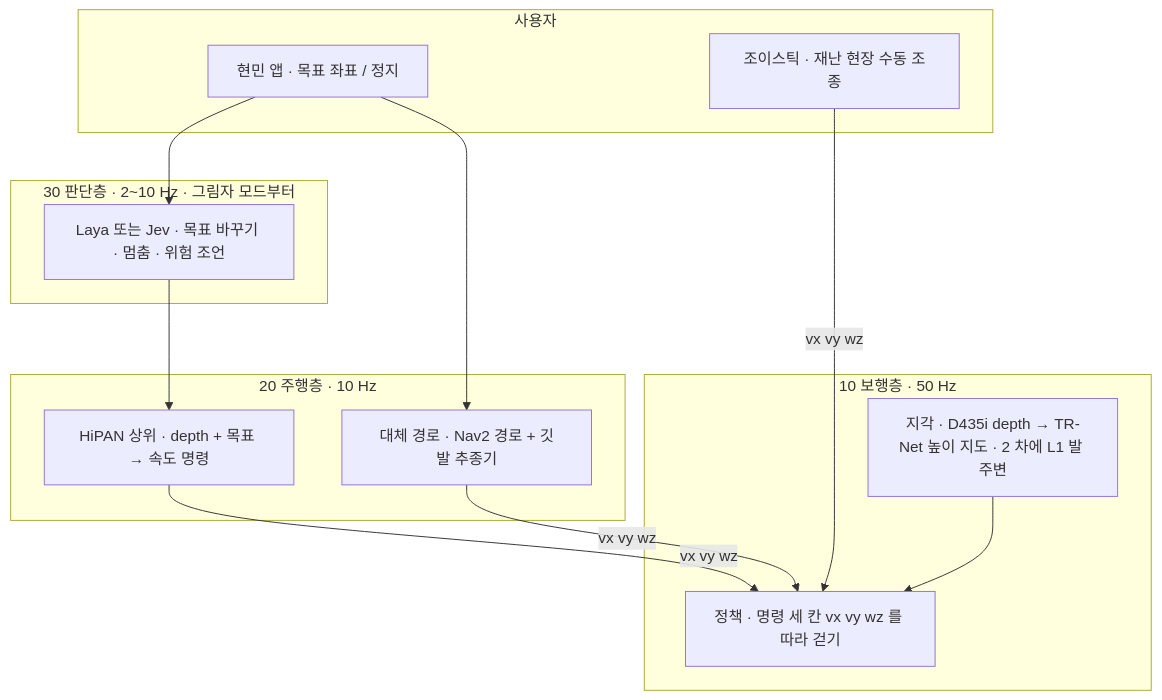
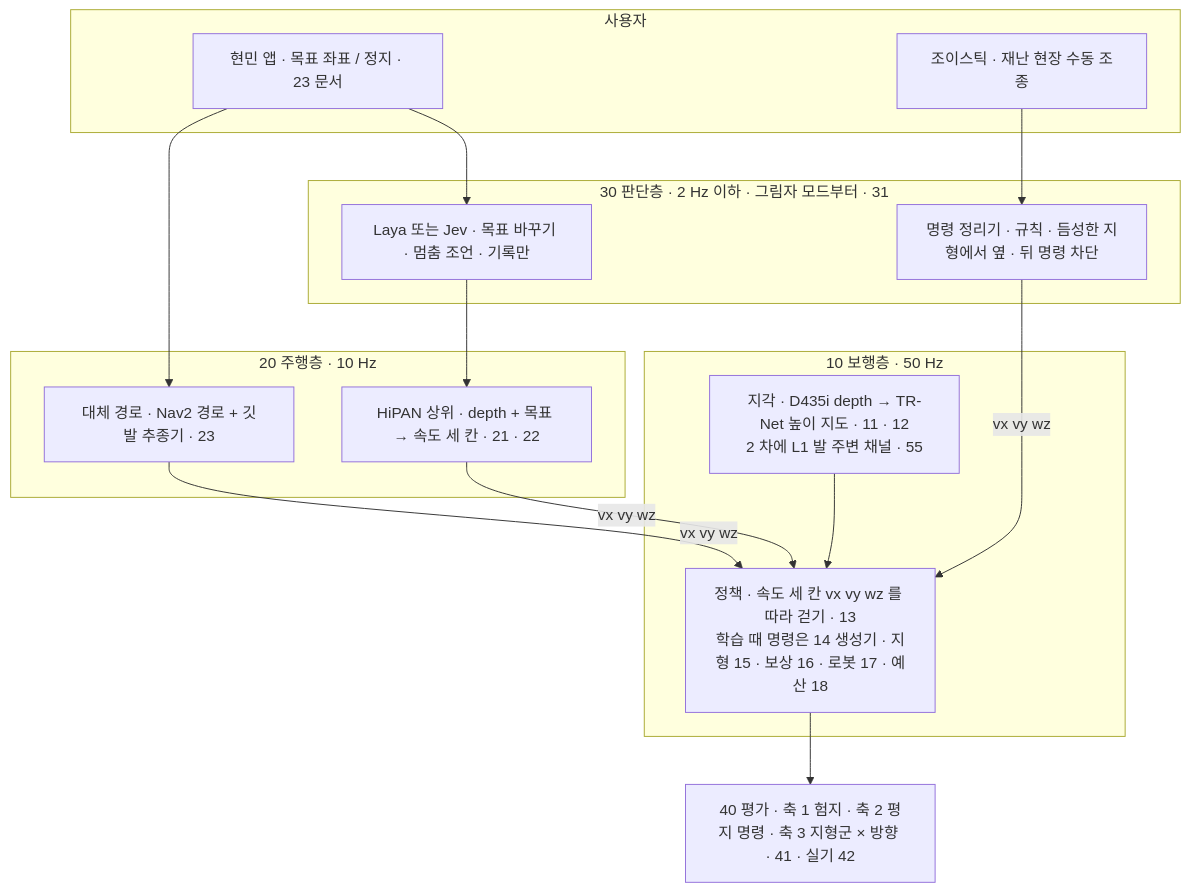
One commit to foothold-project/foothold-lab changed the first of 2 diagrams in inbox/jay/20261019-design/00-OVERVIEW.md. Above: the diagram before and after it, drawn with Mermaid. The commit also changed other lines of this file and 25 other files, not shown here.

````diff
--- a/inbox/jay/20261019-design/00-OVERVIEW.md
+++ b/inbox/jay/20261019-design/00-OVERVIEW.md
@@ -23,24 +27,26 @@
 ```mermaid
 flowchart TB
   subgraph USER[사용자]
-    APP[현민 앱 · 목표 좌표 / 정지]
+    APP[현민 앱 · 목표 좌표 / 정지 · 23 문서]
     JOY[조이스틱 · 재난 현장 수동 조종]
   end
-  subgraph JUDGE[30 판단층 · 2~10 Hz · 그림자 모드부터]
-    LJ[Laya 또는 Jev · 목표 바꾸기 · 멈춤 · 위험 조언]
+  subgraph JUDGE[30 판단층 · 2 Hz 이하 · 그림자 모드부터 · 31]
+    LJ[Laya 또는 Jev · 목표 바꾸기 · 멈춤 조언 · 기록만]
+    CLEAN[명령 정리기 · 규칙 · 듬성한 지형에서 옆 · 뒤 명령 차단]
   end
   subgraph NAV[20 주행층 · 10 Hz]
-    HIPAN[HiPAN 상위 · depth + 목표 → 속도 명령]
-    NAV2[대체 경로 · Nav2 경로 + 깃발 추종기]
+    HIPAN[HiPAN 상위 · depth + 목표 → 속도 세 칸 · 21 · 22]
+    NAV2[대체 경로 · Nav2 경로 + 깃발 추종기 · 23]
   end
   subgraph LOCO[10 보행층 · 50 Hz]
-    PERC[지각 · D435i depth → TR-Net 높이 지도 · 2 차에 L1 발 주변]
-    POL[정책 · 명령 세 칸 vx vy wz 를 따라 걷기]
+    PERC[지각 · D435i depth → TR-Net 높이 지도 · 11 · 12<br/>2 차에 L1 발 주변 채널 · 55]
+    POL[정책 · 속도 세 칸 vx vy wz 를 따라 걷기 · 13<br/>학습 때 명령은 14 생성기 · 지형 15 · 보상 16 · 로봇 17 · 예산 18]
   end
   APP --> LJ --> HIPAN
   APP --> NAV2
+  JOY --> CLEAN -- vx vy wz --> POL
   HIPAN -- vx vy wz --> POL
   NAV2 -- vx vy wz --> POL
-  JOY -- vx vy wz --> POL
   PERC --> POL
+  POL --> EV[40 평가 · 축 1 험지 · 축 2 평지 명령 · 축 3 지형군 × 방향 · 41 · 실기 42]
 ```
````
